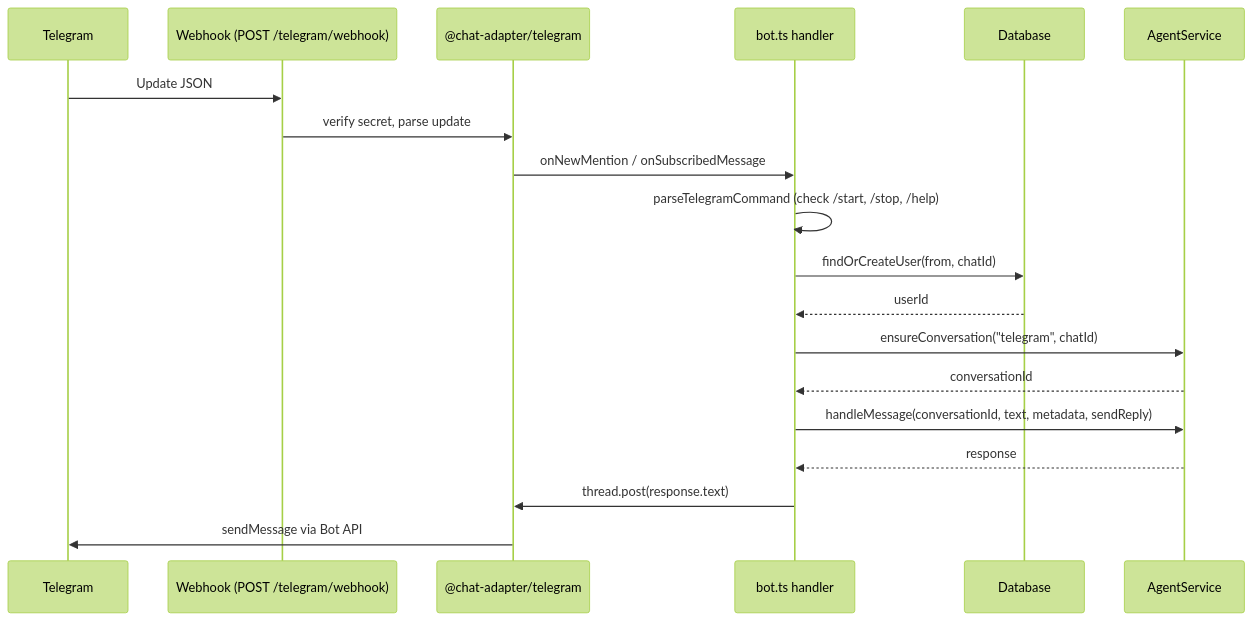
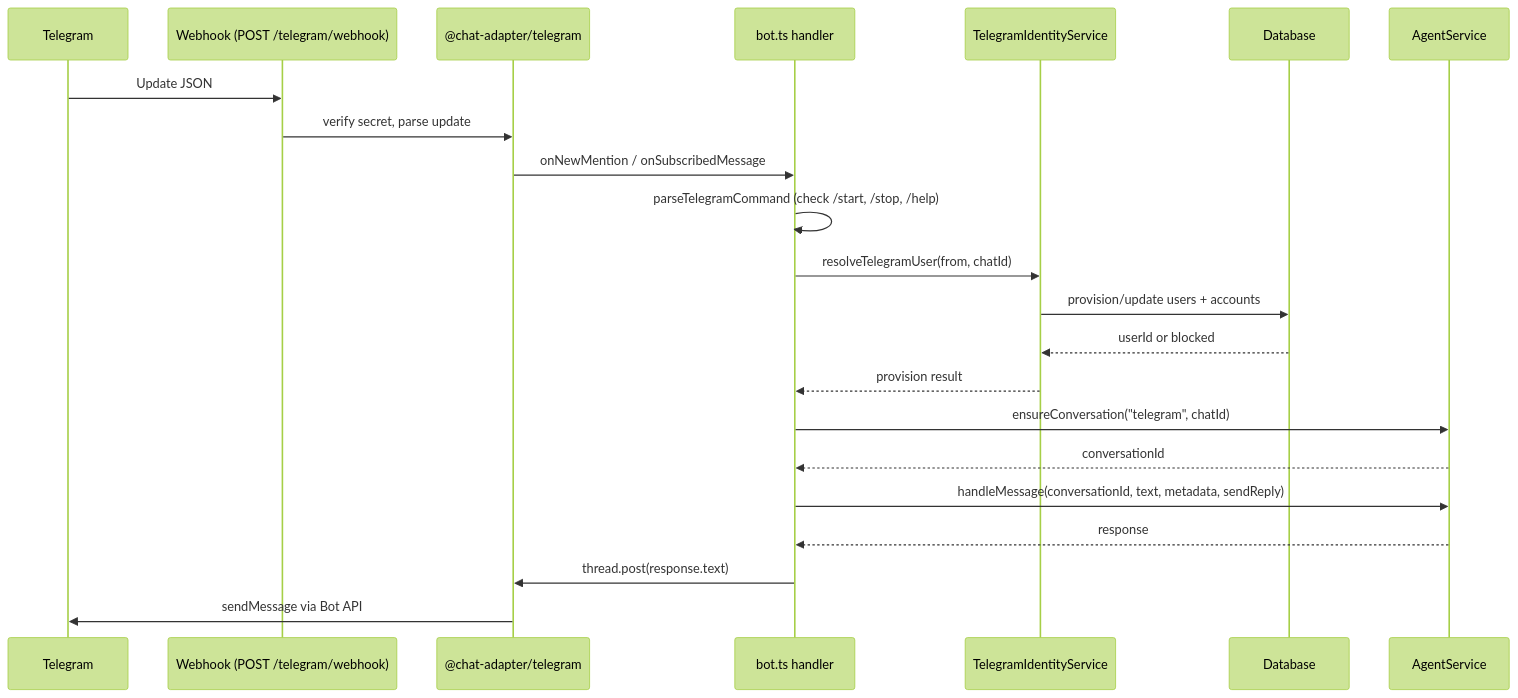
Before and after one commit to punitarani/amby: the first of 2 diagrams in docs/CHANNELS.md, drawn with Mermaid (forest theme). The commit also changed other lines of this file and 56 other files, not shown here.

Commit message:
Add first-party Telegram Better Auth plugin

````diff
--- a/docs/CHANNELS.md
+++ b/docs/CHANNELS.md
@@ -17,22 +17,25 @@
 ```mermaid
 sequenceDiagram
     participant TG as Telegram
     participant WH as Webhook (POST /telegram/webhook)
     participant CA as @chat-adapter/telegram
     participant Bot as bot.ts handler
+    participant Auth as TelegramIdentityService
     participant DB as Database
     participant Agent as AgentService
 
     TG->>WH: Update JSON
     WH->>CA: verify secret, parse update
     CA->>Bot: onNewMention / onSubscribedMessage
     Bot->>Bot: parseTelegramCommand (check /start, /stop, /help)
-    Bot->>DB: findOrCreateUser(from, chatId)
-    DB-->>Bot: userId
+    Bot->>Auth: resolveTelegramUser(from, chatId)
+    Auth->>DB: provision/update users + accounts
+    DB-->>Auth: userId or blocked
+    Auth-->>Bot: provision result
     Bot->>Agent: ensureConversation("telegram", chatId)
     Agent-->>Bot: conversationId
     Bot->>Agent: handleMessage(conversationId, text, metadata, sendReply)
     Agent-->>Bot: response
     Bot->>CA: thread.post(response.text)
     CA->>TG: sendMessage via Bot API
 ```
````
